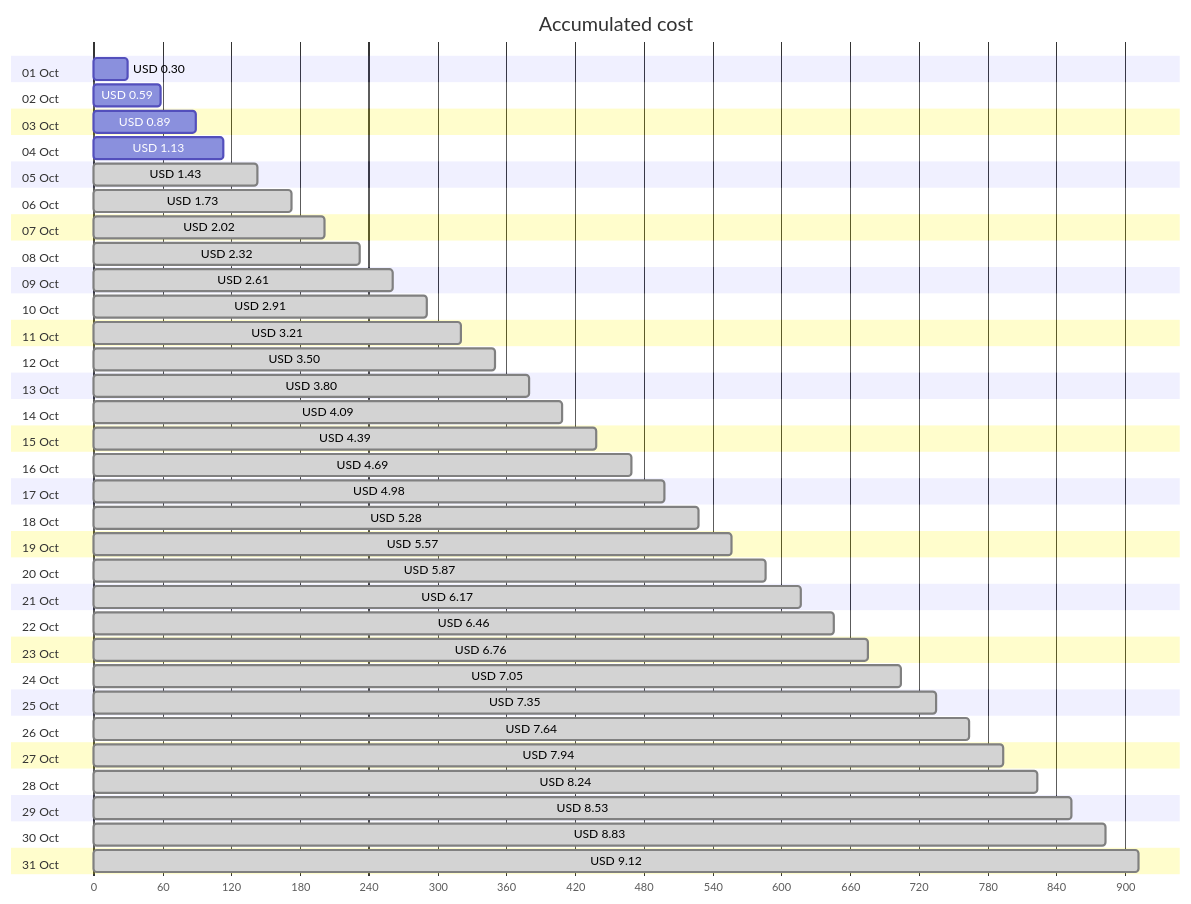
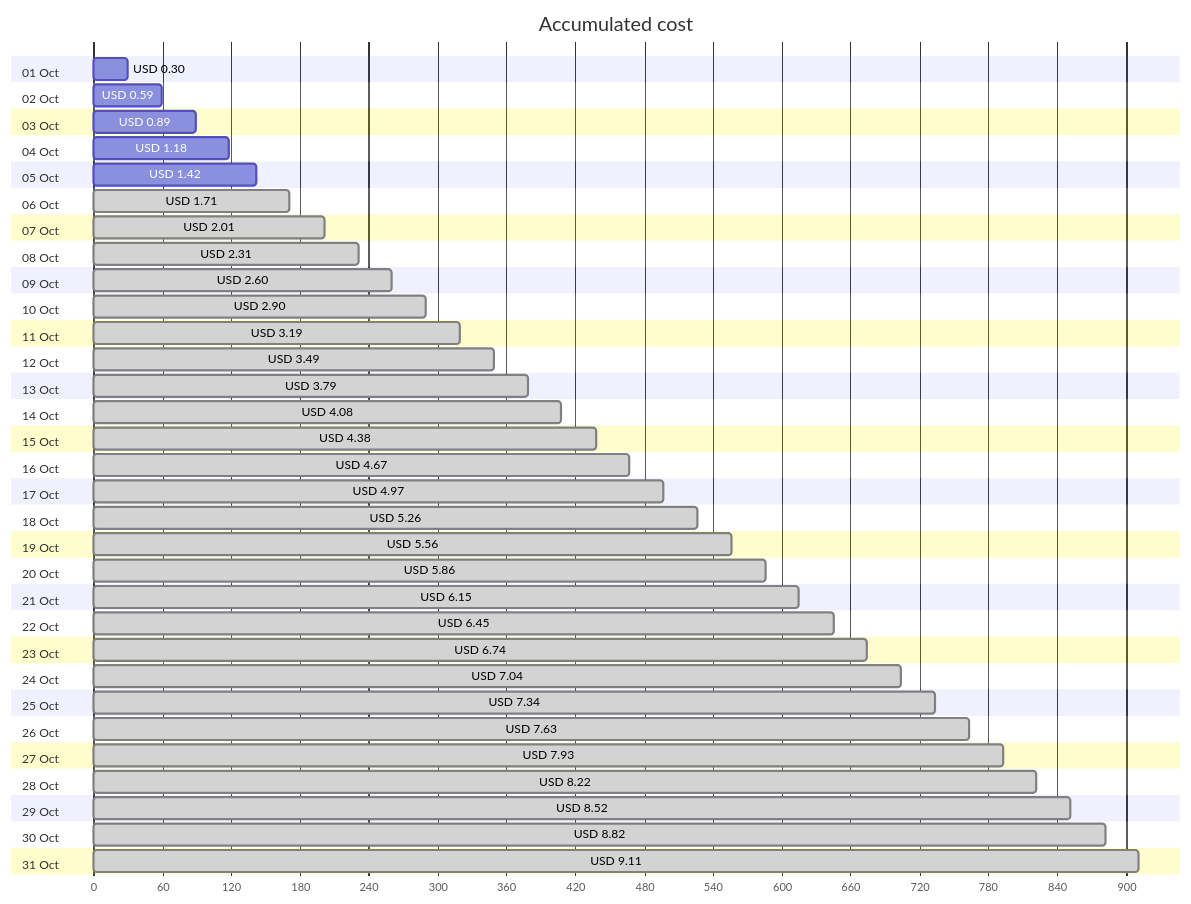
The first of 4 diagrams in cost-reports/personal-site/personal-site-preview.md (jpfulton/azure-personal-reports), drawn with Mermaid before and after one commit. The commit also changed other lines of this file and 6 other files, not shown here.

````diff
--- a/cost-reports/personal-site/personal-site-preview.md
+++ b/cost-reports/personal-site/personal-site-preview.md
@@ -20,68 +20,68 @@
 ```mermaid
 gantt
    title Accumulated cost
    dateFormat  X
    axisFormat %s
    section 01 Oct
    USD 0.30 :0, 30
    section 02 Oct
    USD 0.59 :0, 59
    section 03 Oct
    USD 0.89 :0, 89
    section 04 Oct
-   USD 1.13 :0, 113
+   USD 1.18 :0, 118
    section 05 Oct
-   USD 1.43 : done, 0, 143
+   USD 1.42 :0, 142
    section 06 Oct
-   USD 1.73 : done, 0, 173
+   USD 1.71 : done, 0, 171
    section 07 Oct
-   USD 2.02 : done, 0, 202
+   USD 2.01 : done, 0, 201
    section 08 Oct
-   USD 2.32 : done, 0, 232
+   USD 2.31 : done, 0, 231
    section 09 Oct
-   USD 2.61 : done, 0, 261
+   USD 2.60 : done, 0, 260
    section 10 Oct
-   USD 2.91 : done, 0, 291
+   USD 2.90 : done, 0, 290
    section 11 Oct
-   USD 3.21 : done, 0, 321
+   USD 3.19 : done, 0, 319
    section 12 Oct
-   USD 3.50 : done, 0, 350
+   USD 3.49 : done, 0, 349
    section 13 Oct
-   USD 3.80 : done, 0, 380
+   USD 3.79 : done, 0, 379
    section 14 Oct
-   USD 4.09 : done, 0, 409
+   USD 4.08 : done, 0, 408
    section 15 Oct
-   USD 4.39 : done, 0, 439
+   USD 4.38 : done, 0, 438
    section 16 Oct
-   USD 4.69 : done, 0, 469
+   USD 4.67 : done, 0, 467
    section 17 Oct
-   USD 4.98 : done, 0, 498
+   USD 4.97 : done, 0, 497
    section 18 Oct
-   USD 5.28 : done, 0, 528
+   USD 5.26 : done, 0, 526
    section 19 Oct
-   USD 5.57 : done, 0, 557
+   USD 5.56 : done, 0, 556
    section 20 Oct
-   USD 5.87 : done, 0, 587
+   USD 5.86 : done, 0, 586
    section 21 Oct
-   USD 6.17 : done, 0, 617
+   USD 6.15 : done, 0, 615
    section 22 Oct
-   USD 6.46 : done, 0, 646
+   USD 6.45 : done, 0, 645
    section 23 Oct
-   USD 6.76 : done, 0, 676
+   USD 6.74 : done, 0, 674
    section 24 Oct
-   USD 7.05 : done, 0, 705
+   USD 7.04 : done, 0, 704
    section 25 Oct
-   USD 7.35 : done, 0, 735
+   USD 7.34 : done, 0, 734
    section 26 Oct
-   USD 7.64 : done, 0, 764
+   USD 7.63 : done, 0, 763
    section 27 Oct
-   USD 7.94 : done, 0, 794
+   USD 7.93 : done, 0, 793
    section 28 Oct
-   USD 8.24 : done, 0, 824
+   USD 8.22 : done, 0, 822
    section 29 Oct
-   USD 8.53 : done, 0, 853
+   USD 8.52 : done, 0, 852
    section 30 Oct
-   USD 8.83 : done, 0, 883
+   USD 8.82 : done, 0, 882
    section 31 Oct
-   USD 9.12 : done, 0, 912
+   USD 9.11 : done, 0, 911
 ```
````
